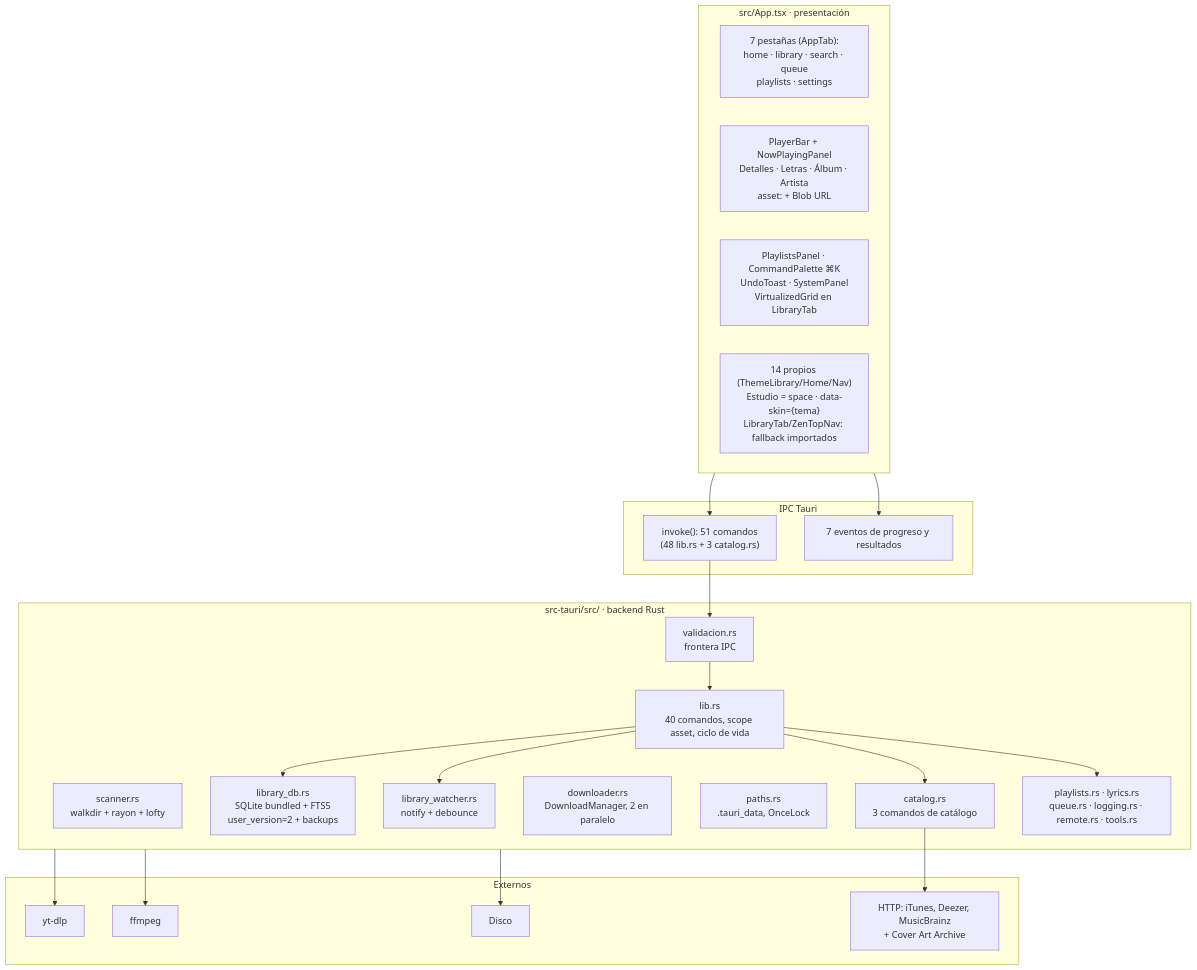
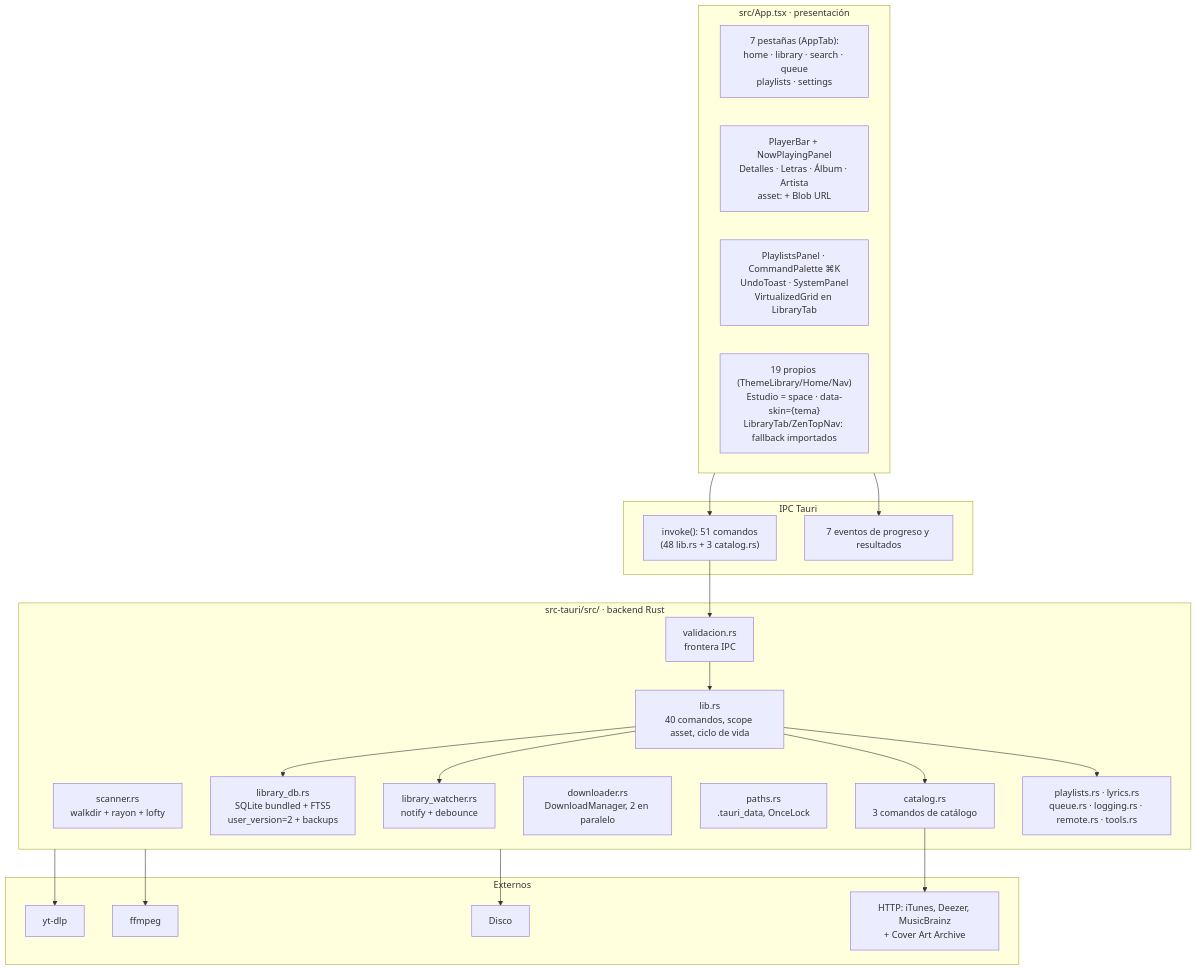
The second of 5 diagrams in docs/arquitectura.md (YordanoCS1/sakura-music), drawn with Mermaid before and after one commit. The commit also changed other lines of this file and 25 other files, not shown here.

````diff
--- a/docs/arquitectura.md
+++ b/docs/arquitectura.md
@@ -28,46 +28,46 @@
 ```mermaid
 flowchart TB
     subgraph UI["src/App.tsx · presentación"]
         TABS["7 pestañas (AppTab):<br/>home · library · search · queue<br/>playlists · settings"]
         PLAYER["PlayerBar + NowPlayingPanel<br/>Detalles · Letras · Álbum · Artista<br/>asset: + Blob URL"]
         PANEL["PlaylistsPanel · CommandPalette ⌘K<br/>UndoToast · SystemPanel<br/>VirtualizedGrid en LibraryTab"]
-        THEME["14 propios (ThemeLibrary/Home/Nav)<br/>Estudio = space · data-skin={tema}<br/>LibraryTab/ZenTopNav: fallback importados"]
+        THEME["19 propios (ThemeLibrary/Home/Nav)<br/>Estudio = space · data-skin={tema}<br/>LibraryTab/ZenTopNav: fallback importados"]
     end
 
     subgraph IPC["IPC Tauri"]
         CMD["invoke(): 51 comandos<br/>(48 lib.rs + 3 catalog.rs)"]
         EVT["7 eventos de progreso y resultados"]
     end
 
     subgraph CORE["src-tauri/src/ · backend Rust"]
         SCAN["scanner.rs<br/>walkdir + rayon + lofty"]
         DB["library_db.rs<br/>SQLite bundled + FTS5<br/>user_version=2 + backups"]
         WATCH["library_watcher.rs<br/>notify + debounce"]
         DL["downloader.rs<br/>DownloadManager, 2 en paralelo"]
         PATH["paths.rs<br/>.tauri_data, OnceLock"]
         LIB["lib.rs<br/>40 comandos, scope asset, ciclo de vida"]
         CATALOG["catalog.rs<br/>3 comandos de catálogo"]
         VAL["validacion.rs<br/>frontera IPC"]
         PL["playlists.rs · lyrics.rs<br/>queue.rs · logging.rs · remote.rs · tools.rs"]
     end
 
     subgraph EXT["Externos"]
         YTDLP["yt-dlp"]
         FFMPEG["ffmpeg"]
         NET["HTTP: iTunes, Deezer, MusicBrainz<br/>+ Cover Art Archive"]
         DISK["Disco"]
     end
 
     UI --> CMD
     UI --> EVT
     CMD --> VAL
     VAL --> LIB
     LIB --> DB
     LIB --> WATCH
     LIB --> CATALOG
     LIB --> PL
     CORE --> YTDLP
     CORE --> FFMPEG
     CATALOG --> NET
     CORE --> DISK
 ```
````
